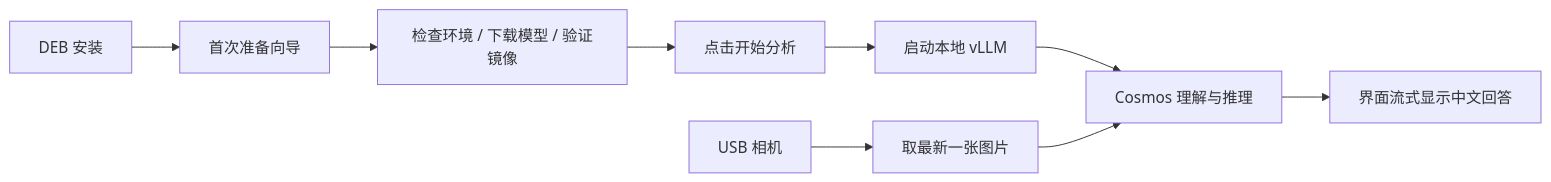
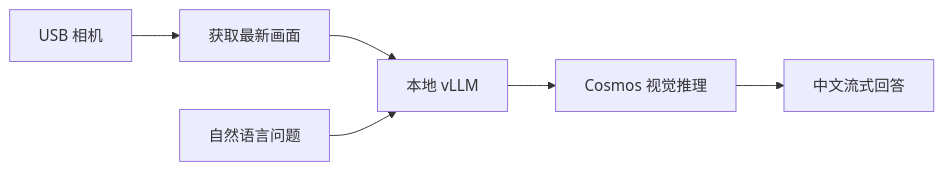
Before and after one commit to yuanimperialhal/Embed_WM_deploy: the diagram in README.md, drawn with Mermaid. The commit also changed other lines of this file and 5 other files, not shown here.

````diff
--- a/README.md
+++ b/README.md
@@ -88,11 +119,8 @@
 ```mermaid
 flowchart LR
-    A[DEB 安装] --> B[首次准备向导]
-    B --> C[检查环境 / 下载模型 / 验证镜像]
-    C --> D[点击开始分析]
-    D --> E[启动本地 vLLM]
-    F[USB 相机] --> G[取最新一张图片]
-    E --> H[Cosmos 理解与推理]
-    G --> H
-    H --> I[界面流式显示中文回答]
+    A[USB 相机] --> B[获取最新画面]
+    B --> C[本地 vLLM]
+    D[自然语言问题] --> C
+    C --> E[Cosmos 视觉推理]
+    E --> F[中文流式回答]
 ```
````
